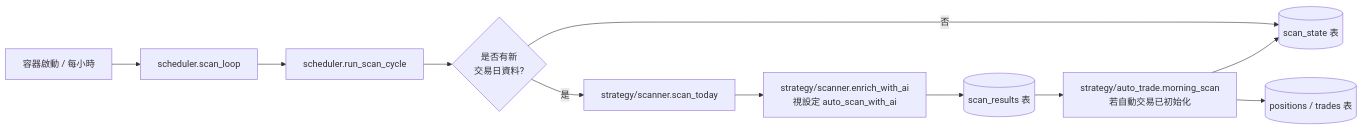
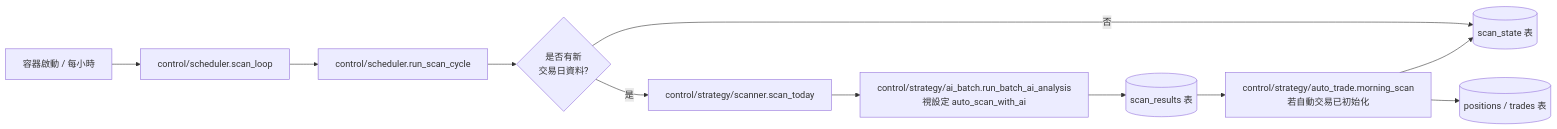
The second of 4 diagrams in README.md (t33287720/stock-agent), drawn with Mermaid before and after one commit. The commit also changed other lines of this file and 40 other files, not shown here.

````diff
--- a/README.md
+++ b/README.md
@@ -112,13 +128,13 @@
 ```mermaid
 flowchart LR
-    Start[容器啟動 / 每小時] --> Loop[scheduler.scan_loop]
-    Loop --> Cycle[scheduler.run_scan_cycle]
+    Start[容器啟動 / 每小時] --> Loop[control/scheduler.scan_loop]
+    Loop --> Cycle[control/scheduler.run_scan_cycle]
     Cycle --> Check{是否有新<br/>交易日資料?}
     Check -- 否 --> State[(scan_state 表)]
-    Check -- 是 --> Scan[strategy/scanner.scan_today]
-    Scan --> AI[strategy/scanner.enrich_with_ai<br/>視設定 auto_scan_with_ai]
+    Check -- 是 --> Scan[control/strategy/scanner.scan_today]
+    Scan --> AI[control/strategy/ai_batch.run_batch_ai_analysis<br/>視設定 auto_scan_with_ai]
     AI --> Results[(scan_results 表)]
-    Results --> Morning[strategy/auto_trade.morning_scan<br/>若自動交易已初始化]
+    Results --> Morning[control/strategy/auto_trade.morning_scan<br/>若自動交易已初始化]
     Morning --> Positions[(positions / trades 表)]
     Morning --> State
 ```
````
